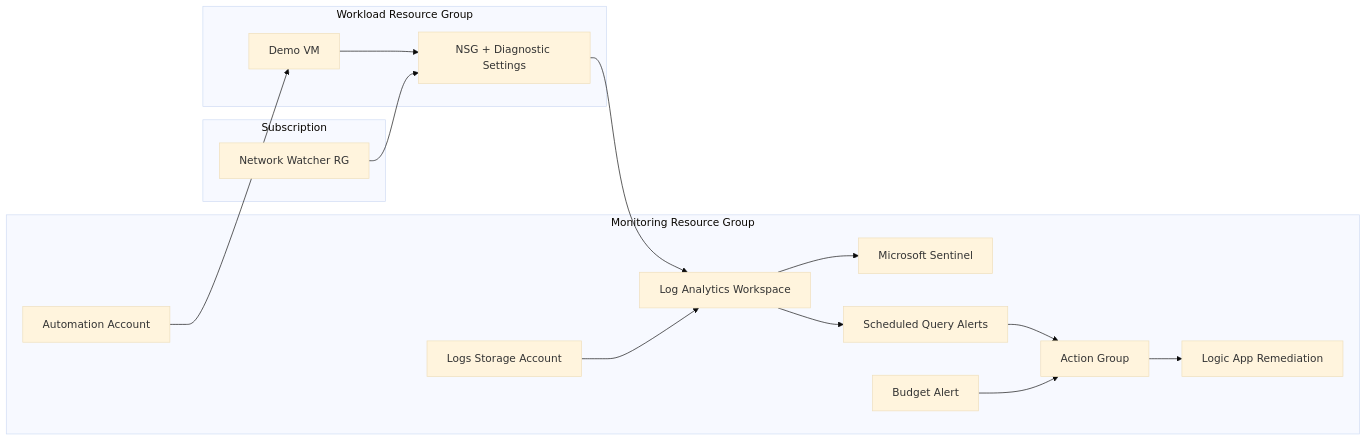
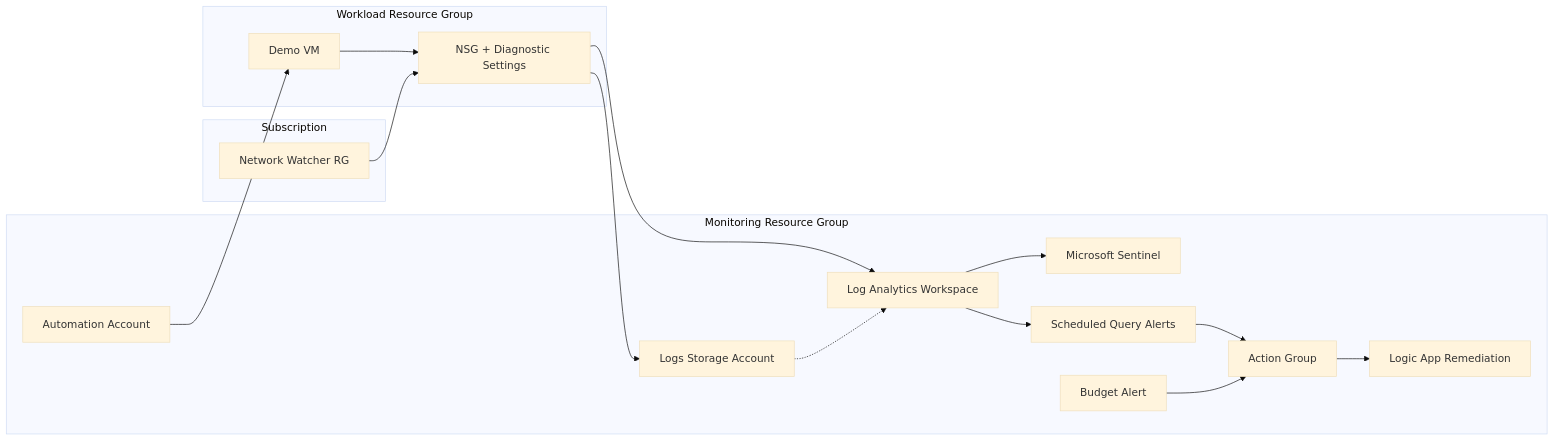
The diagram in README.md (olmidej-a11y/azure-monitoring-platform), drawn with Mermaid (base theme) before and after one commit. The commit also changed other lines of this file, not shown here.

````diff
--- a/README.md
+++ b/README.md
@@ -45,33 +45,34 @@
 ```mermaid
 flowchart LR
   subgraph Subscription
     NW[Network Watcher RG]
   end
 
   subgraph MonitoringRG[Monitoring Resource Group]
     LAW[Log Analytics Workspace]
     Sentinel[Microsoft Sentinel]
     Alerts[Scheduled Query Alerts]
     AG[Action Group]
     Auto[Automation Account]
     LA[Logic App Remediation]
     Budget[Budget Alert]
     Storage[Logs Storage Account]
   end
 
   subgraph WorkloadRG[Workload Resource Group]
     VM[Demo VM]
     NSG[NSG + Diagnostic Settings]
   end
 
   VM --> NSG
+  NSG --> Storage
   NSG --> LAW
   LAW --> Sentinel
   LAW --> Alerts
   Alerts --> AG
   AG --> LA
   Auto --> VM
-  Storage --> LAW
+  Storage -.-> LAW
   Budget --> AG
   NW --> NSG
 ```
````
